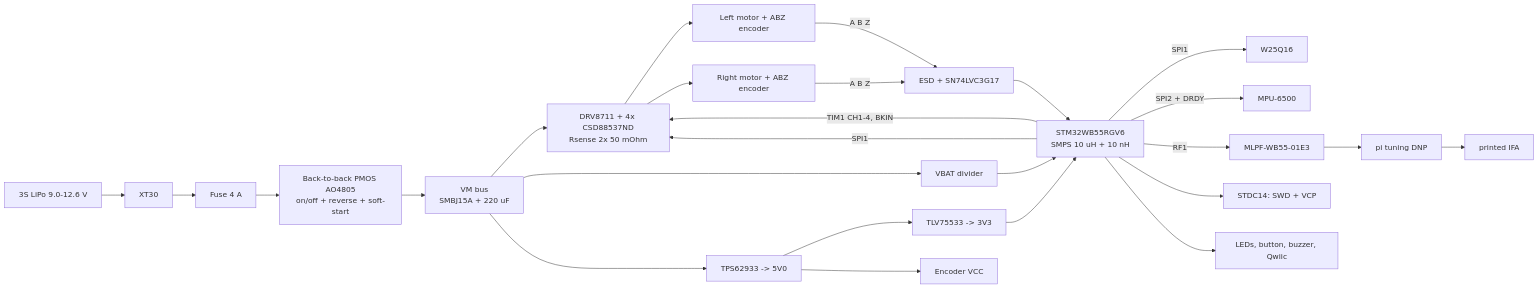
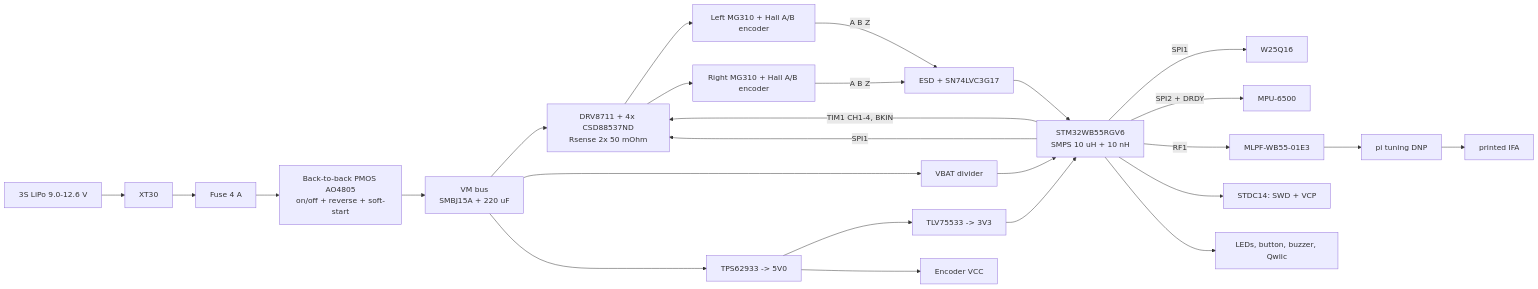
One commit to embedded-pro/e-inverted-pendulum-hardware changed the diagram in docs/architecture.md. Above: the diagram before and after it, drawn with Mermaid. The commit also changed other lines of this file and 22 other files, not shown here.

````diff
--- a/docs/architecture.md
+++ b/docs/architecture.md
@@ -5,21 +5,21 @@
 ```mermaid
 graph LR
     BAT[3S LiPo 9.0-12.6 V] --> XT30[XT30] --> FUSE[Fuse 4 A] --> PP[Back-to-back PMOS AO4805<br/>on/off + reverse + soft-start]
     PP --> VM[VM bus<br/>SMBJ15A + 220 uF]
     VM --> DRV[DRV8711 + 4x CSD88537ND<br/>Rsense 2x 50 mOhm]
-    DRV --> ML[Left motor + ABZ encoder]
-    DRV --> MR[Right motor + ABZ encoder]
+    DRV --> ML[Left MG310 + Hall A/B encoder]
+    DRV --> MR[Right MG310 + Hall A/B encoder]
     VM --> DIV[VBAT divider] --> MCU
     VM --> BUCK[TPS62933 -> 5V0] --> LDO[TLV75533 -> 3V3]
     BUCK --> ENCP[Encoder VCC]
     ML -->|A B Z| BUF[ESD + SN74LVC3G17] --> MCU
     MR -->|A B Z| BUF
     LDO --> MCU[STM32WB55RGV6<br/>SMPS 10 uH + 10 nH]
     MCU -->|TIM1 CH1-4, BKIN| DRV
     MCU -->|SPI1| DRV
     MCU -->|SPI1| FLASH[W25Q16]
     MCU -->|SPI2 + DRDY| IMU[MPU-6500]
     MCU -->|RF1| MLPF[MLPF-WB55-01E3] --> PI[pi tuning DNP] --> ANT[printed IFA]
     MCU --> DBG[STDC14: SWD + VCP]
     MCU --> UI[LEDs, button, buzzer, Qwiic]
 ```
````
